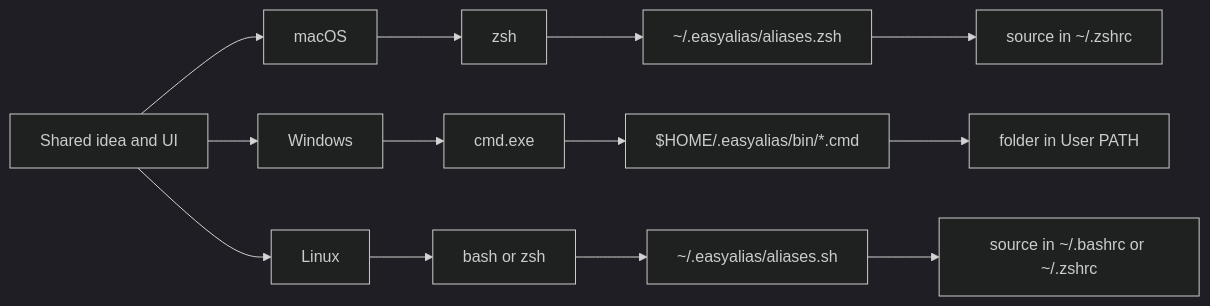
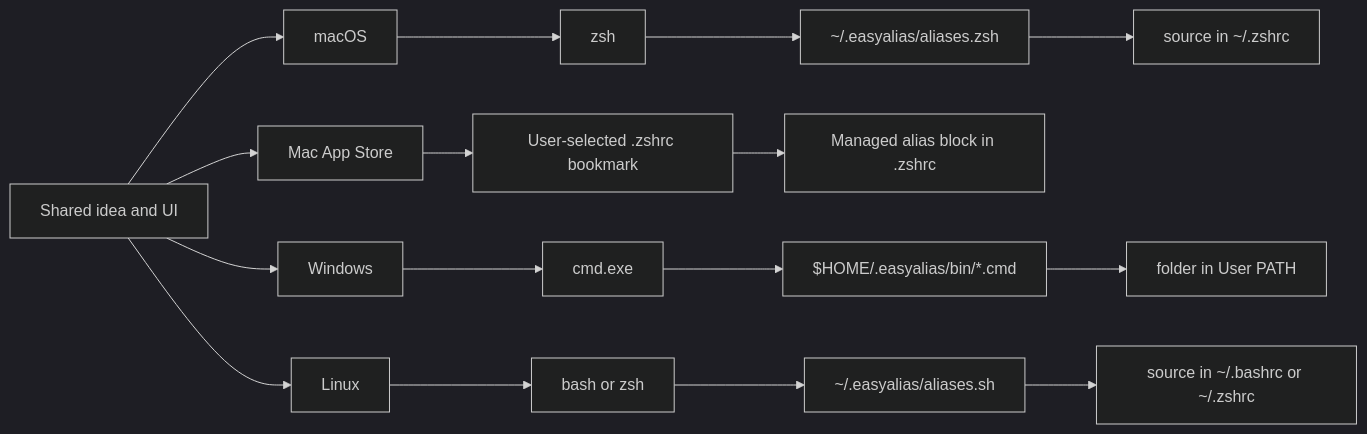
Before and after one commit to hannesgnann-hub/easyalias: the third of 5 diagrams in README.md, drawn with Mermaid (dark theme). The commit also changed other lines of this file and 25 other files, not shown here.

Commit message:
mac app store version

````diff
--- a/README.md
+++ b/README.md
@@ -252,19 +291,23 @@
 ```mermaid
 flowchart LR
   Shared["Shared idea and UI"]
   Shared --> Mac["macOS"]
+  Shared --> MacStore["Mac App Store"]
   Shared --> Win["Windows"]
   Shared --> Linux["Linux"]
 
   Mac --> Zsh["zsh"]
   Zsh --> ZshFile["~/.easyalias/aliases.zsh"]
   ZshFile --> Zshrc["source in ~/.zshrc"]
+
+  MacStore --> Bookmark["User-selected .zshrc bookmark"]
+  Bookmark --> ManagedBlock["Managed alias block in .zshrc"]
 
   Win --> Cmd["cmd.exe"]
   Cmd --> Bin["$HOME/.easyalias/bin/*.cmd"]
   Bin --> Path["folder in User PATH"]
 
   Linux --> Shell["bash or zsh"]
   Shell --> ShellFile["~/.easyalias/aliases.sh"]
   ShellFile --> ShellRc["source in ~/.bashrc or ~/.zshrc"]
 ```
````
